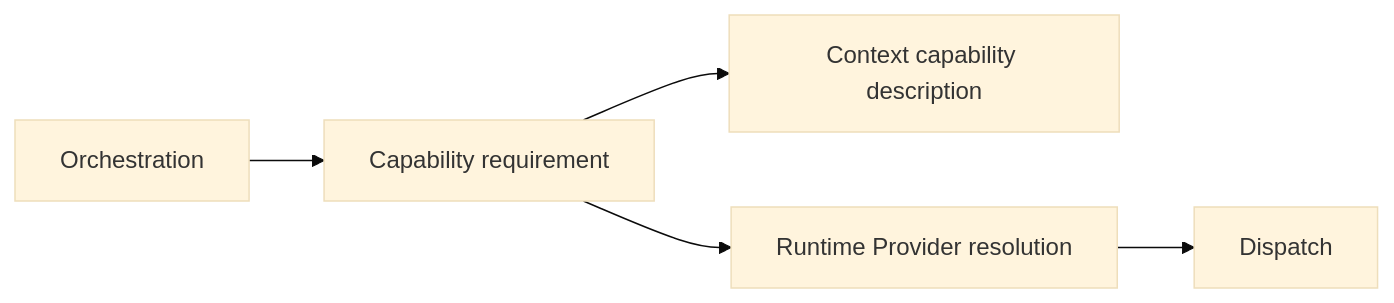
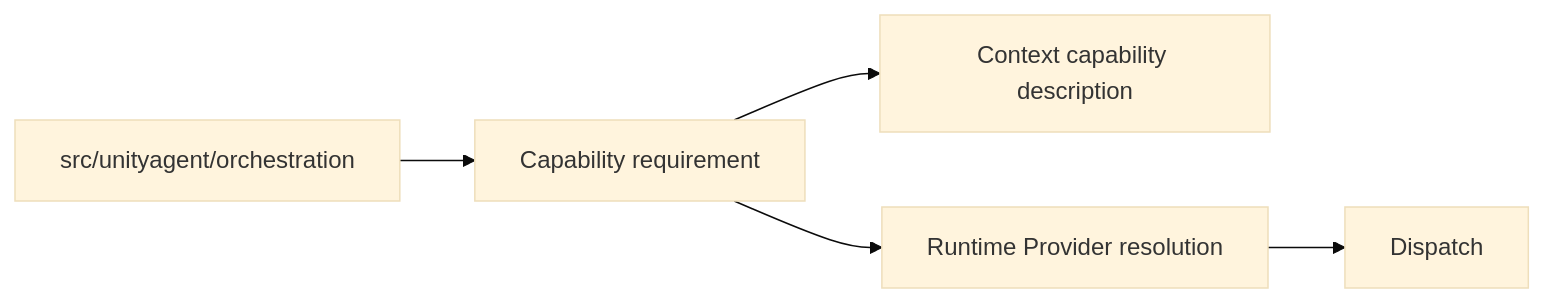
One commit to DarumaPPAP/UnityAgent changed the third of 3 diagrams in docs/migration/production-tool-runtime-cutover.md. Above: the diagram before and after it, drawn with Mermaid (base theme). The commit also changed other lines of this file and 1025 other files, not shown here.

````diff
--- a/docs/migration/production-tool-runtime-cutover.md
+++ b/docs/migration/production-tool-runtime-cutover.md
@@ -161,7 +161,7 @@
 ```mermaid
 flowchart LR
-    O[Orchestration] --> C[Capability requirement]
+    O[src/unityagent/orchestration] --> C[Capability requirement]
     C --> CX[Context capability description]
     C --> R[Runtime Provider resolution]
     R --> D[Dispatch]
 ```
````
